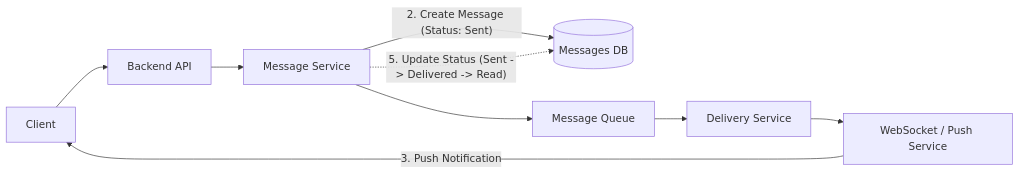
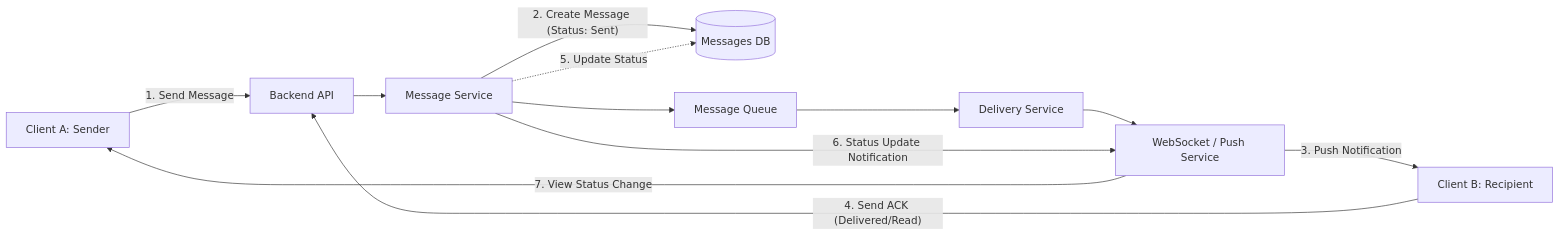
The first of 3 diagrams in README.md (artembaranovsky1/Software-Design-and-Documentation_lab-1.1), drawn with Mermaid before and after one commit.

````diff
--- a/README.md
+++ b/README.md
@@ -13,15 +13,20 @@
 ```mermaid
 graph LR
-    Client --> API[Backend API]
+    Sender[Client A: Sender] -- "1. Send Message" --> API[Backend API]
+    Recipient[Client B: Recipient] -- "4. Send ACK (Delivered/Read)" --> API
     
     API --> MS[Message Service]
     
     MS -- "2. Create Message (Status: Sent)" --> DB[(Messages DB)]
-    MS -. "5. Update Status (Sent -> Delivered -> Read)" .-> DB
+    MS -. "5. Update Status" .-> DB
     
     MS --> Queue[Message Queue]
     Queue --> DS[Delivery Service]
     DS --> WS[WebSocket / Push Service]
     
-    WS -- "3. Push Notification" --> Client
+    WS -- "3. Push Notification" --> Recipient
+    
+    %% Шлях оновлення статусу для відправника
+    MS -- "6. Status Update Notification" --> WS
+    WS -- "7. View Status Change" --> Sender
 ```
````
